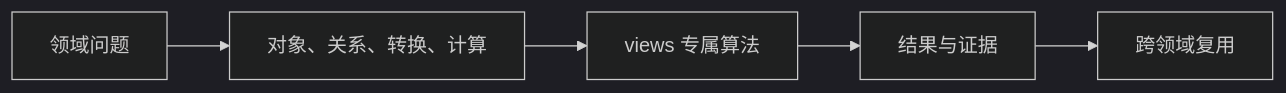
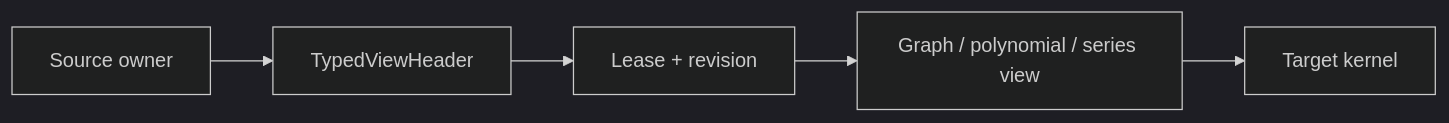
One commit to ai4waifu/athena.rs changed the first of 2 diagrams in projects/athena-engine/src/domains/views/readme.md. Above: the diagram before and after it, drawn with Mermaid (dark theme). The commit also changed other lines of this file and 21 other files, not shown here.

````diff
--- a/projects/athena-engine/src/domains/views/readme.md
+++ b/projects/athena-engine/src/domains/views/readme.md
@@ -15,7 +15,7 @@
 ```mermaid
 flowchart LR
-    Problem["领域问题"] --> Decompose["对象、关系、转换、计算"]
-    Decompose --> Algorithm["views 专属算法"]
-    Algorithm --> Evidence["结果与证据"]
-    Evidence --> Cross["跨领域复用"]
+ S["Source owner"] --> H["TypedViewHeader"]
+ H --> L["Lease + revision"]
+ L --> T["Graph / polynomial / series view"]
+ T --> K["Target kernel"]
 ```
````
